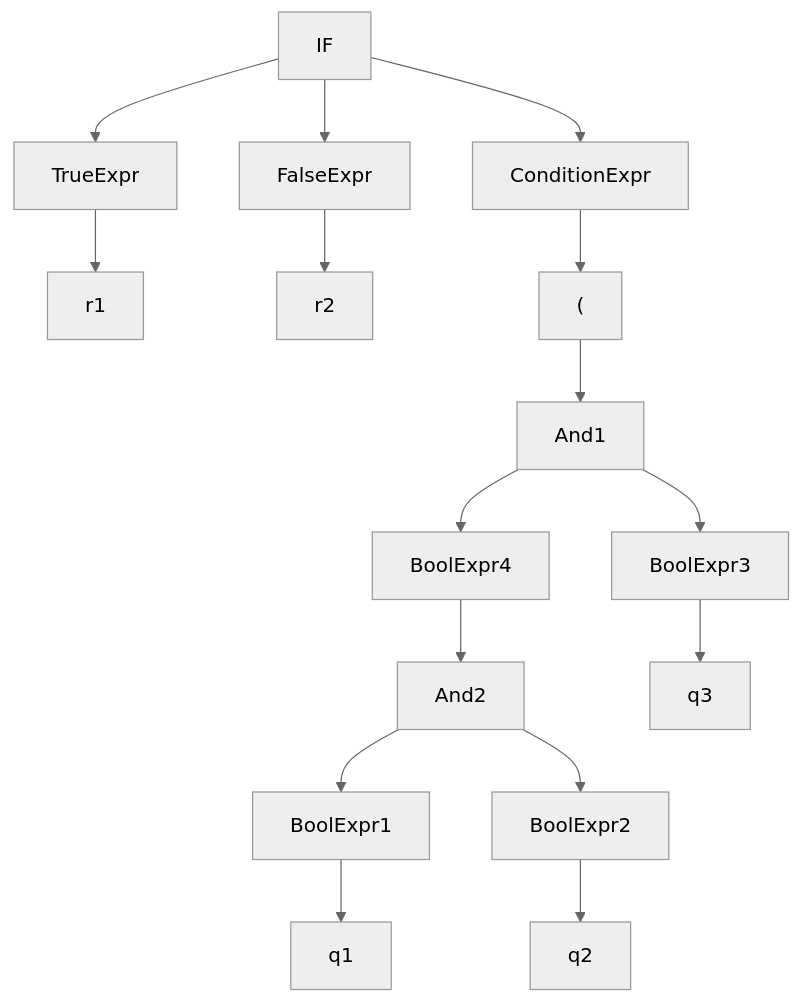
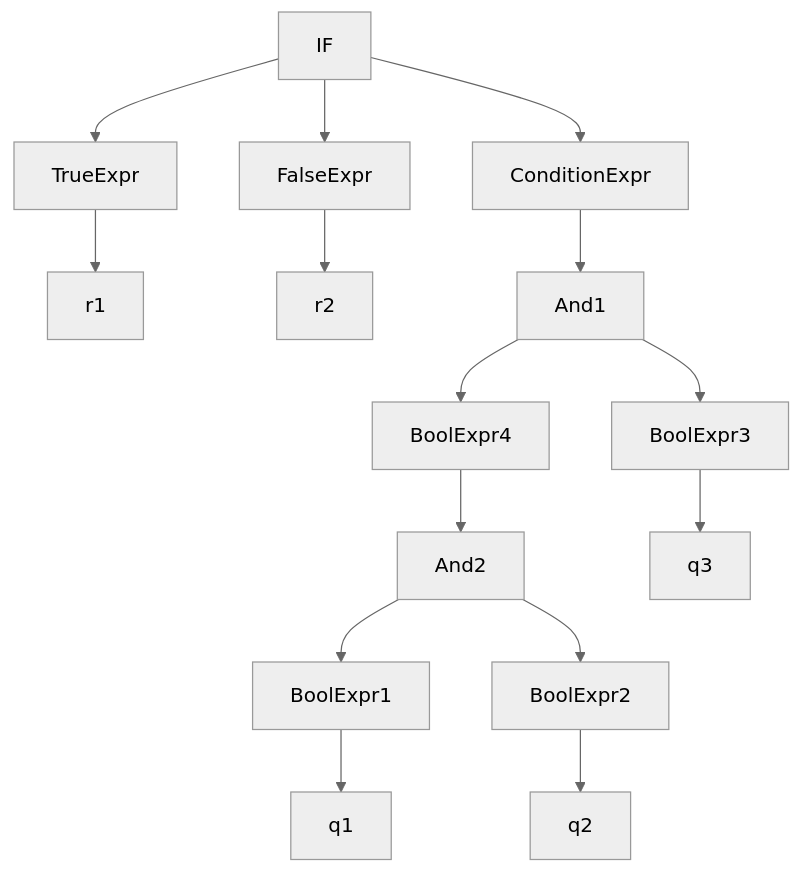
One commit to SnickerdoodleLabs/protocol changed the third of 3 diagrams in documentation/sdql/Execution-Plan.md. Above: the diagram before and after it, drawn with Mermaid (neutral theme). The commit also changed other lines of this file and 2 other files, not shown here.

````diff
--- a/documentation/sdql/Execution-Plan.md
+++ b/documentation/sdql/Execution-Plan.md
@@ -29,18 +29,17 @@
 ```mermaid
 graph TD;
     IF-->TrueExpr-->r1;
     IF-->ConditionExpr;
     IF-->FalseExpr-->r2;
 
-    ConditionExpr --> Parenthesis1["("];
-    Parenthesis1 --> And1;
+    ConditionExpr --> And1;
     And1 --> BoolExpr4;
     BoolExpr4 --> And2;
     And1 --> BoolExpr3;
     BoolExpr3 --> q3;
     And2-->BoolExpr1;
     And2-->BoolExpr2;
     BoolExpr1 --> q1;
     BoolExpr2 --> q2;
 
 ```
````
